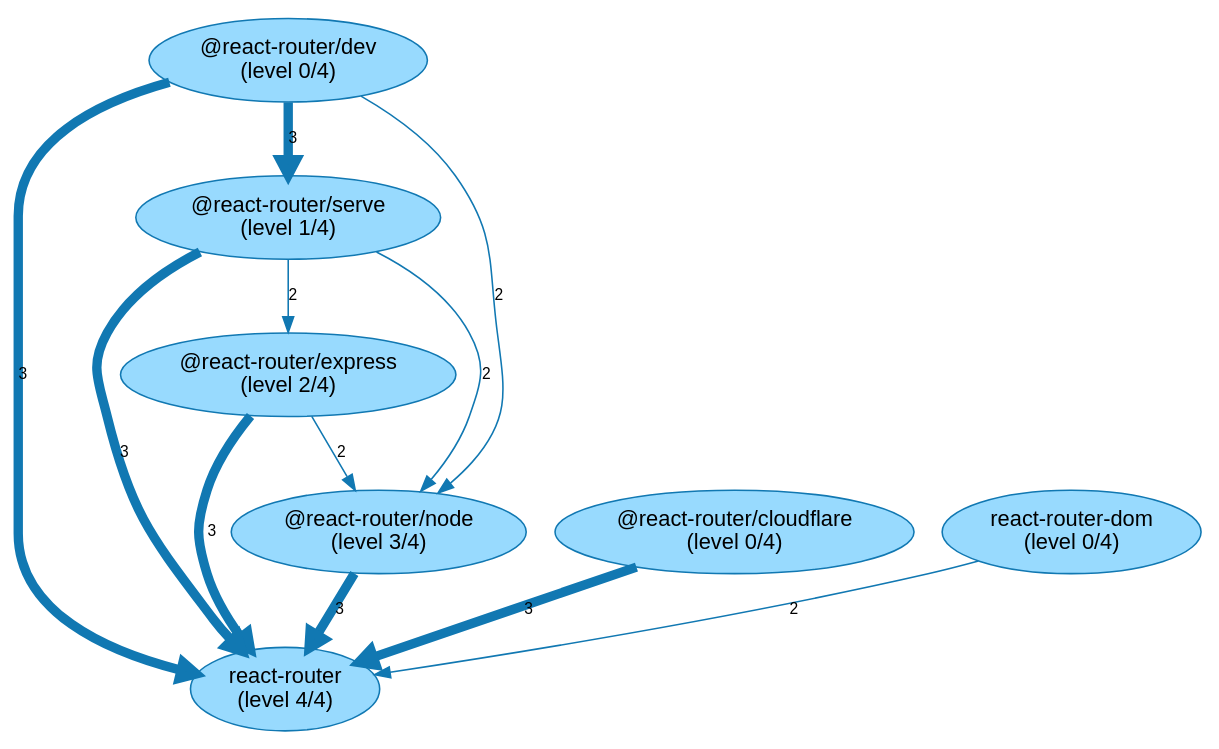
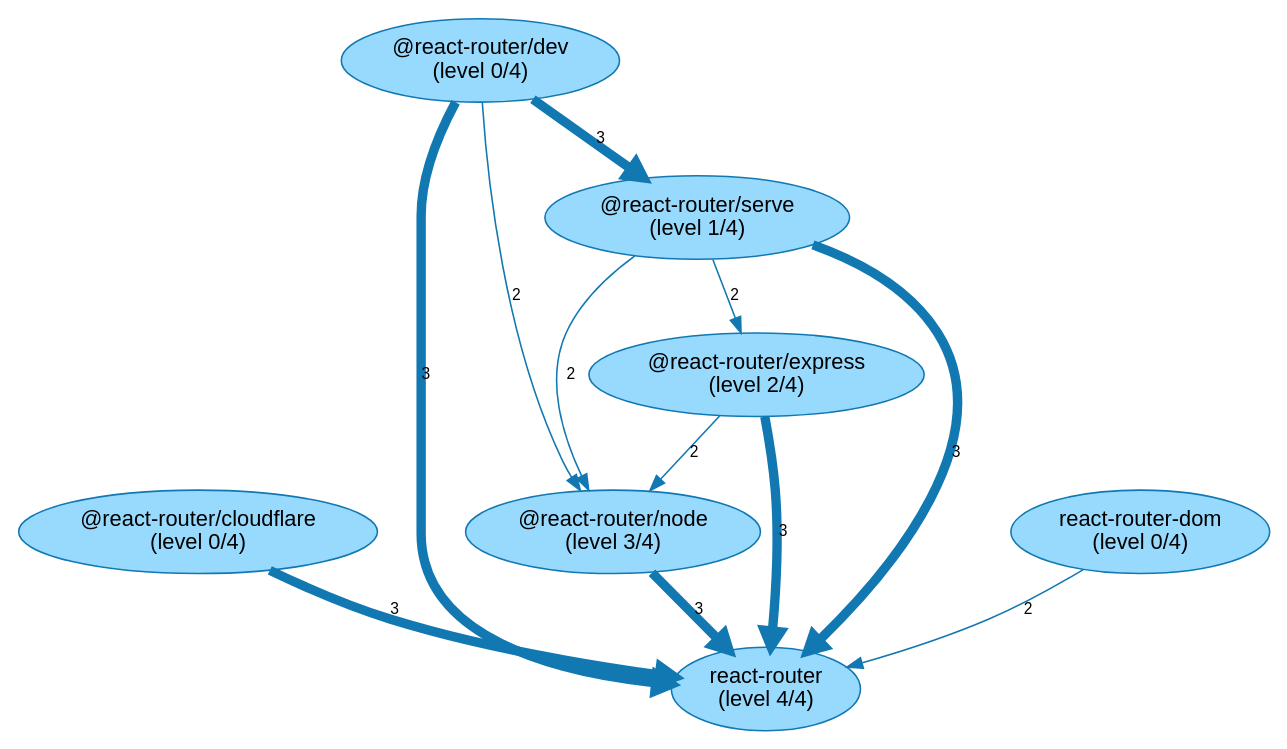
The diagram in analysis-results/react-router/latest/internal-dependencies/NPM_NonDevPackage/Graph_Visualizations/NpmPackageBuildLevels.gv (JohT/code-graph-analysis-examples), drawn with Graphviz before and after one commit. The commit also changed other lines of this file and 325 other files, not shown here.

```diff
--- a/analysis-results/react-router/latest/internal-dependencies/NPM_NonDevPackage/Graph_Visualizations/NpmPackageBuildLevels.gv
+++ b/analysis-results/react-router/latest/internal-dependencies/NPM_NonDevPackage/Graph_Visualizations/NpmPackageBuildLevels.gv
@@ -1,21 +1,21 @@
 // This GraphViz dot file was generated by the script convertQueryResultCsvToGraphVizDotFile.sh with default.template
 
 strict digraph NpmPackageBuildLevels {
     fontname = "Helvetica,Arial,sans-serif";
     node [fontname = "Helvetica,Arial,sans-serif";];
     edge [fontname = "Helvetica,Arial,sans-serif"; fontsize = 10;];
     node [style = filled; fillcolor = "0.560 0.400 0.999";];
     node [color = "0.560 0.900 0.700";];
     edge [color = "0.560 0.900 0.700";];
+	"@react-router/cloudflare\n(level 0/4)" -> "react-router\n(level 4/4)" [label = 3; penwidth = 6.0; ];
 	"@react-router/express\n(level 2/4)" -> "react-router\n(level 4/4)" [label = 3; penwidth = 6.0; ];
+	"@react-router/node\n(level 3/4)" -> "react-router\n(level 4/4)" [label = 3; penwidth = 6.0; ];
+	"@react-router/dev\n(level 0/4)" -> "react-router\n(level 4/4)" [label = 3; penwidth = 6.0; ];
 	"@react-router/serve\n(level 1/4)" -> "react-router\n(level 4/4)" [label = 3; penwidth = 6.0; ];
-	"@react-router/dev\n(level 0/4)" -> "react-router\n(level 4/4)" [label = 3; penwidth = 6.0; ];
-	"@react-router/node\n(level 3/4)" -> "react-router\n(level 4/4)" [label = 3; penwidth = 6.0; ];
-	"@react-router/cloudflare\n(level 0/4)" -> "react-router\n(level 4/4)" [label = 3; penwidth = 6.0; ];
 	"@react-router/dev\n(level 0/4)" -> "@react-router/serve\n(level 1/4)" [label = 3; penwidth = 6.0; ];
 	"react-router-dom\n(level 0/4)" -> "react-router\n(level 4/4)" [label = 2; penwidth = 1.0; ];
 	"@react-router/express\n(level 2/4)" -> "@react-router/node\n(level 3/4)" [label = 2; penwidth = 1.0; ];
+	"@react-router/dev\n(level 0/4)" -> "@react-router/node\n(level 3/4)" [label = 2; penwidth = 1.0; ];
 	"@react-router/serve\n(level 1/4)" -> "@react-router/node\n(level 3/4)" [label = 2; penwidth = 1.0; ];
-	"@react-router/dev\n(level 0/4)" -> "@react-router/node\n(level 3/4)" [label = 2; penwidth = 1.0; ];
 	"@react-router/serve\n(level 1/4)" -> "@react-router/express\n(level 2/4)" [label = 2; penwidth = 1.0; ];
 }
```
